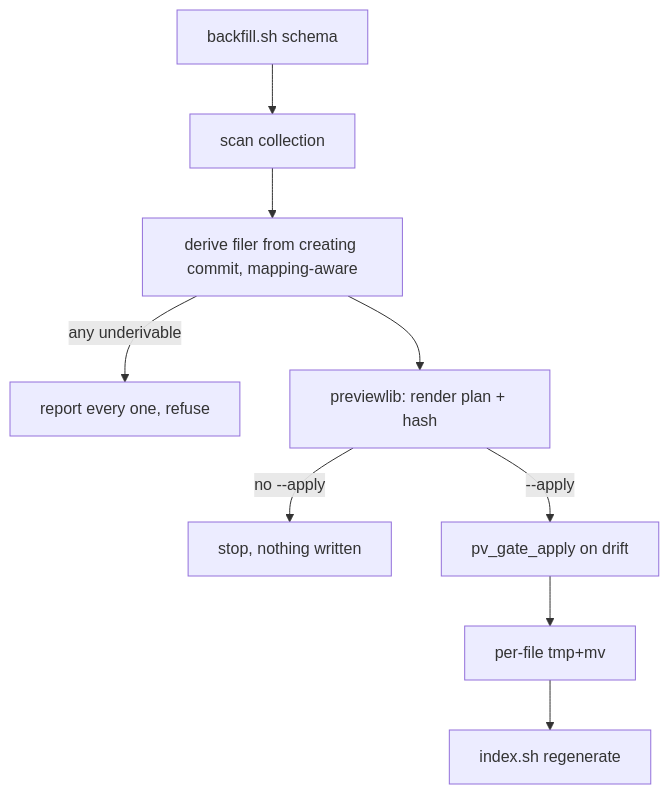
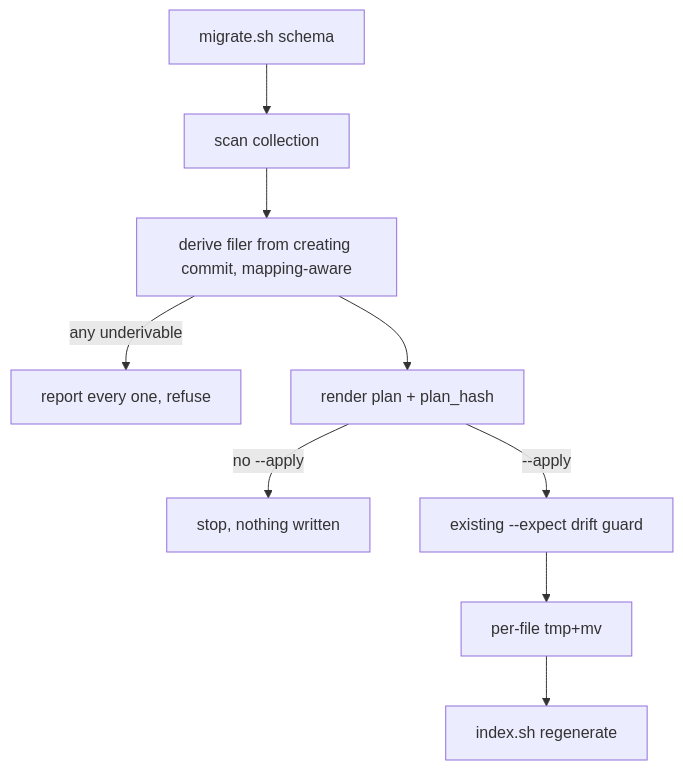
Before and after one commit to JamSuite/jim: the second of 2 diagrams in docs/specs/issue/012-schema-and-state-model/plan.md, drawn with Mermaid. The commit also changed other lines of this file and 1 other file, not shown here.

````diff
--- a/docs/specs/issue/012-schema-and-state-model/plan.md
+++ b/docs/specs/issue/012-schema-and-state-model/plan.md
@@ -223,11 +240,11 @@
 ```mermaid
 flowchart TD
-    P[backfill.sh schema] --> Q[scan collection]
+    P[migrate.sh schema] --> Q[scan collection]
     Q --> S[derive filer from creating commit, mapping-aware]
     S -->|any underivable| T[report every one, refuse]
-    S --> U[previewlib: render plan + hash]
+    S --> U[render plan + plan_hash]
     U -->|no --apply| V[stop, nothing written]
-    U -->|--apply| W[pv_gate_apply on drift]
+    U -->|--apply| W[existing --expect drift guard]
     W --> X[per-file tmp+mv]
     X --> Y[index.sh regenerate]
 ```
````
